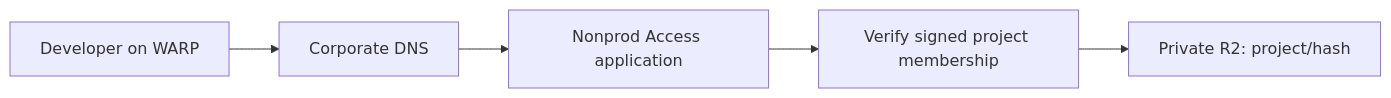
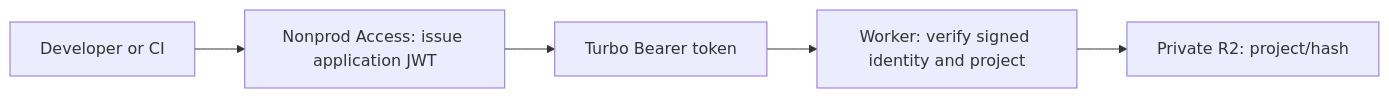
Before and after one commit to tractorbeamai/cloudflare-vercel-remote-cache: the diagram in README.md, drawn with Mermaid. The commit also changed other lines of this file and 4 other files, not shown here.

````diff
--- a/README.md
+++ b/README.md
@@ -7,7 +8,7 @@
 ```mermaid
 flowchart LR
-  Client[Developer on WARP] --> DNS[Corporate DNS]
-  DNS --> Access[Nonprod Access application]
-  Access --> Worker[Verify signed project membership]
+  Client[Developer or CI] --> Access[Nonprod Access: issue application JWT]
+  Access --> Turbo[Turbo Bearer token]
+  Turbo --> Worker[Worker: verify signed identity and project]
   Worker --> R2[Private R2: project/hash]
 ```
````
